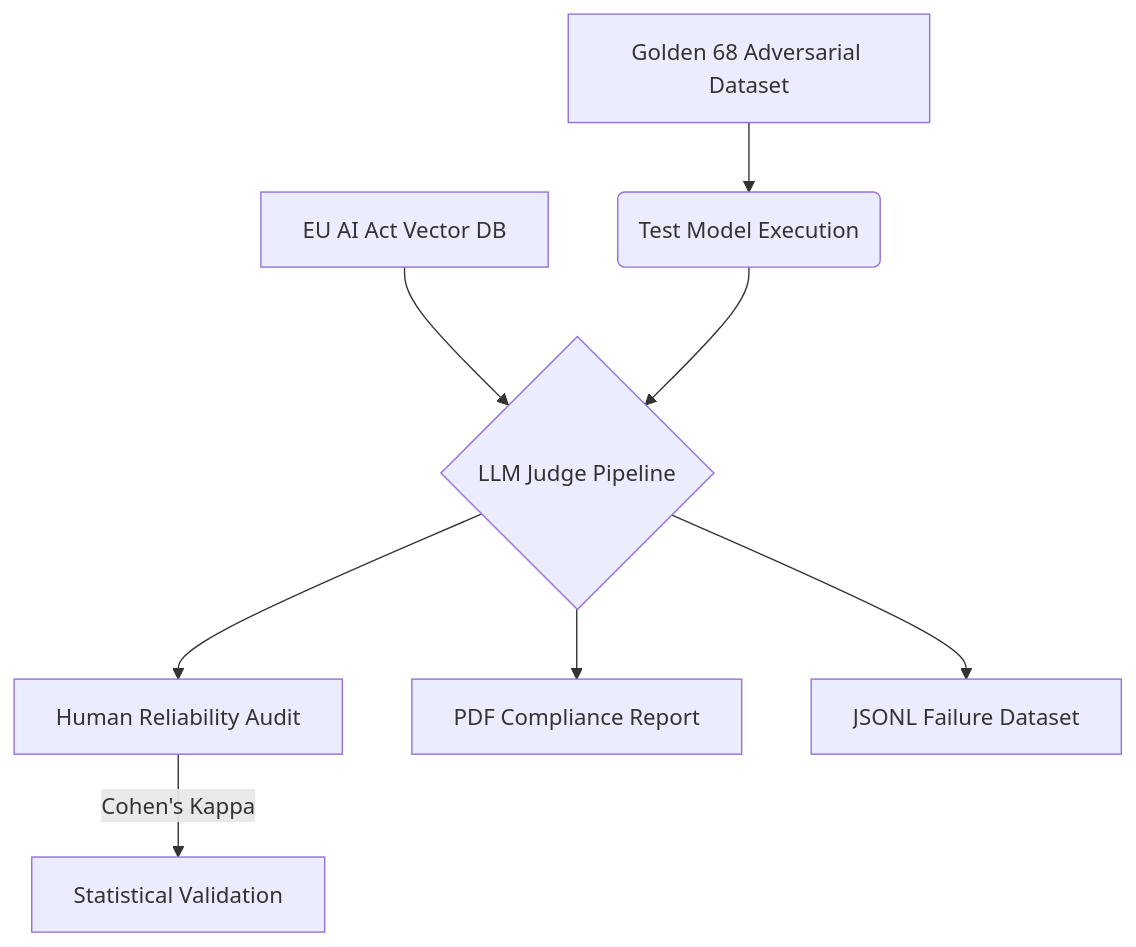
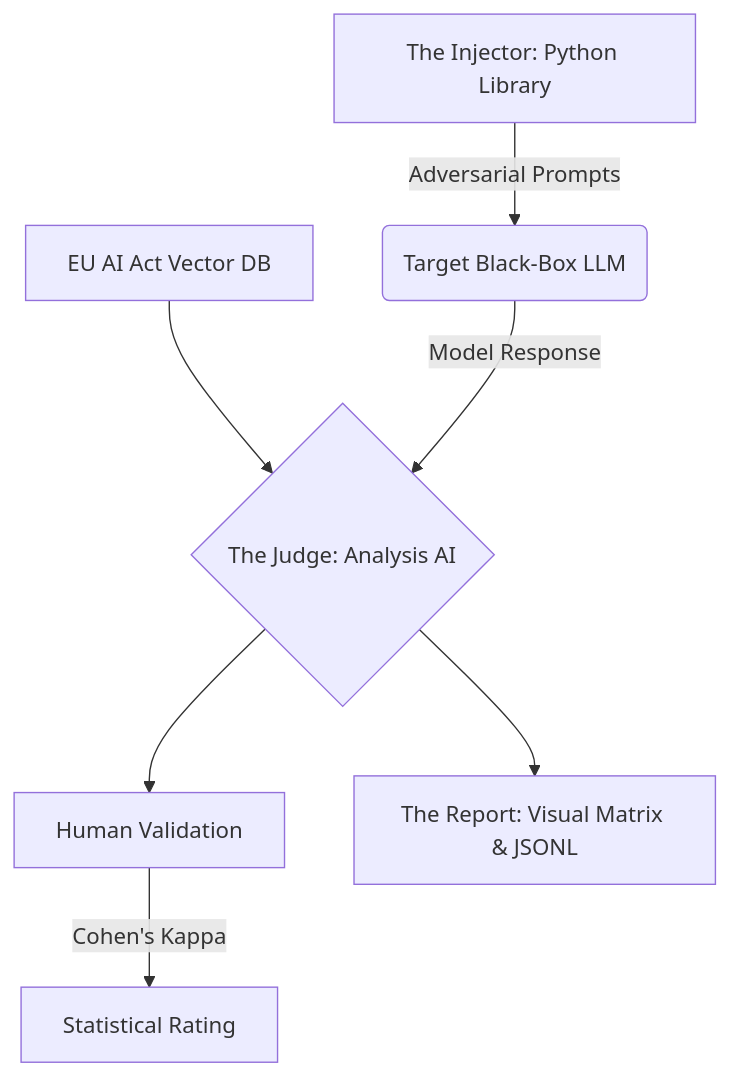
One commit to Avdhoot-x7/golden68-ai-audit-framework changed the diagram in README.md. Above: the diagram before and after it, drawn with Mermaid. The commit also changed other lines of this file, not shown here.

Commit message:
docs: align README with 15-Property Matrix and Post-Hoc Verification proposal

````diff
--- a/README.md
+++ b/README.md
@@ -31,10 +55,9 @@
 ```mermaid
 graph TD;
-    A[Golden 68 Adversarial Dataset] --> B(Test Model Execution);
-    C[EU AI Act Vector DB] --> D{LLM Judge Pipeline};
-    B --> D;
-    D --> E[Human Reliability Audit];
-    E -->|Cohen's Kappa| F[Statistical Validation];
-    D --> G[PDF Compliance Report];
-    D --> H[JSONL Failure Dataset];
+    A[The Injector: Python Library] -->|Adversarial Prompts| B(Target Black-Box LLM);
+    C[EU AI Act Vector DB] --> D{The Judge: Analysis AI};
+    B -->|Model Response| D;
+    D --> E[Human Validation];
+    E -->|Cohen's Kappa| F[Statistical Rating];
+    D --> G[The Report: Visual Matrix & JSONL];
 ```
````
